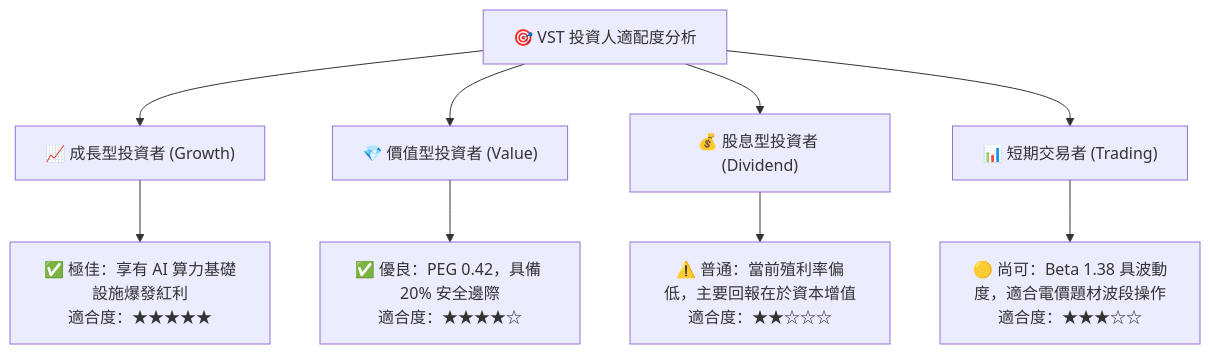
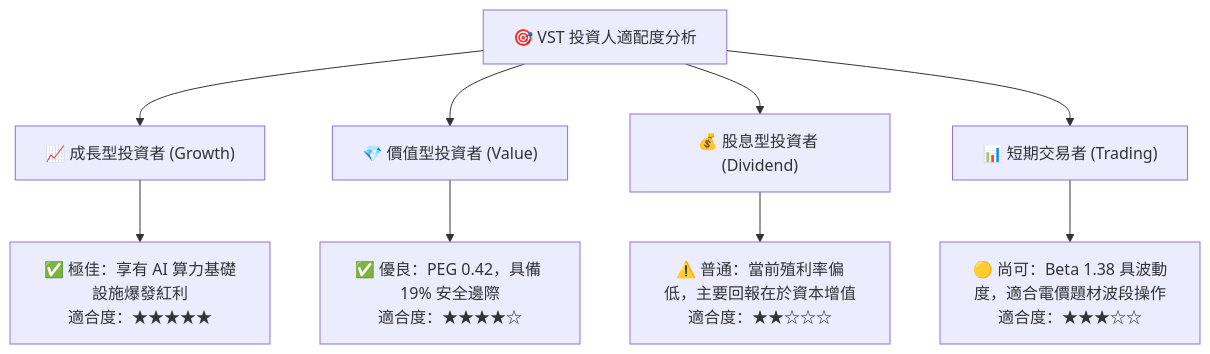
One commit to yennanliu/finance_data changed diagram 15 of 15 in ai_gen_report/fundamental/vst/fundamental_analysis_2026-10-21_gemini.md. Above: the diagram before and after it, drawn with Mermaid. The commit also changed other lines of this file and 339 other files, not shown here.

````diff
--- a/ai_gen_report/fundamental/vst/fundamental_analysis_2026-10-21_gemini.md
+++ b/ai_gen_report/fundamental/vst/fundamental_analysis_2026-10-21_gemini.md
@@ -1071,14 +1086,14 @@
 ```mermaid
 graph TD
     INV["🎯 VST 投資人適配度分析"]
 
     INV --> G["📈 成長型投資者 (Growth)"]
     INV --> V["💎 價值型投資者 (Value)"]
     INV --> D["💰 股息型投資者 (Dividend)"]
     INV --> T["📊 短期交易者 (Trading)"]
 
     G --> G1["✅ 極佳：享有 AI 算力基礎設施爆發紅利<br/>適合度：★★★★★"]
-    V --> V1["✅ 優良：PEG 0.42，具備 20% 安全邊際<br/>適合度：★★★★☆"]
+    V --> V1["✅ 優良：PEG 0.42，具備 19% 安全邊際<br/>適合度：★★★★☆"]
     D --> D1["⚠️ 普通：當前殖利率偏低，主要回報在於資本增值<br/>適合度：★★☆☆☆"]
     T --> T1["🟡 尚可：Beta 1.38 具波動度，適合電價題材波段操作<br/>適合度：★★★☆☆"]
 ```
````
